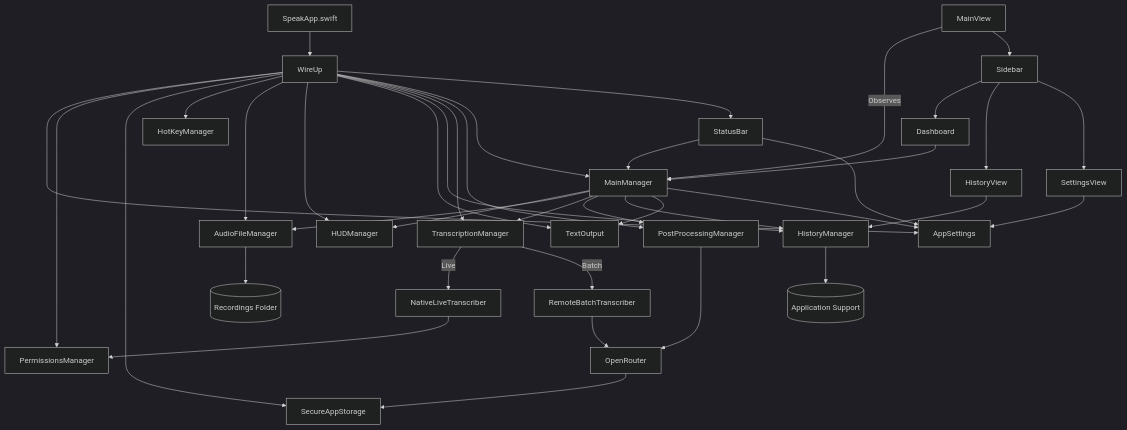
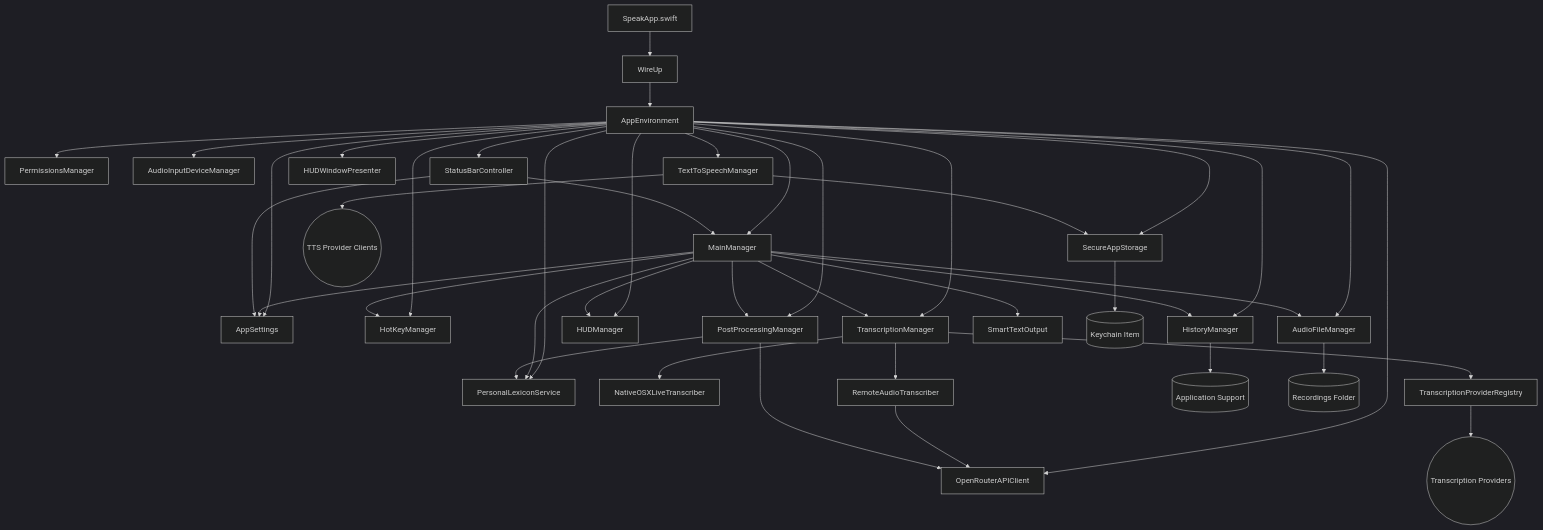
The diagram in Docs/Architecture.md (crmitchelmore/justspeaktoit), drawn with Mermaid (dark theme) before and after one commit. The commit also changed other lines of this file and 1 other file, not shown here.

Commit message:
docs: refresh architecture overview

````diff
--- a/Docs/Architecture.md
+++ b/Docs/Architecture.md
@@ -5,41 +5,48 @@
 ```mermaid
 graph TD
     App[SpeakApp.swift] --> WireUp[WireUp]
-    WireUp --> Settings[AppSettings]
-    WireUp --> Permissions[PermissionsManager]
-    WireUp --> SecureStore[SecureAppStorage]
-    WireUp --> HotKeys[HotKeyManager]
-    WireUp --> Audio[AudioFileManager]
-    WireUp --> HUDManager
-    WireUp --> TextOutput
-    WireUp --> HistoryMgr[HistoryManager]
-    WireUp --> TranscribeMgr[TranscriptionManager]
-    WireUp --> PostProcess[PostProcessingManager]
-    WireUp --> MainMgr[MainManager]
-    WireUp --> StatusBar
-    MainMgr --> HUDManager
-    MainMgr --> Audio
-    MainMgr --> TranscribeMgr
-    MainMgr --> PostProcess
-    MainMgr --> HistoryMgr
-    MainMgr --> TextOutput
-    MainMgr --> Settings
-    TranscribeMgr -->|Live| NativeLiveTranscriber
-    TranscribeMgr -->|Batch| RemoteBatchTranscriber
-    NativeLiveTranscriber --> Permissions
-    RemoteBatchTranscriber --> OpenRouter
+    WireUp --> AppEnv[AppEnvironment]
+    AppEnv --> Settings[AppSettings]
+    AppEnv --> Permissions[PermissionsManager]
+    AppEnv --> SecureStore[SecureAppStorage]
+    AppEnv --> HotKeys[HotKeyManager]
+    AppEnv --> AudioDevices[AudioInputDeviceManager]
+    AppEnv --> Audio[AudioFileManager]
+    AppEnv --> History[HistoryManager]
+    AppEnv --> HUD[HUDManager]
+    AppEnv --> Lexicon[PersonalLexiconService]
+    AppEnv --> PostProcess[PostProcessingManager]
+    AppEnv --> TTS[TextToSpeechManager]
+    AppEnv --> OpenRouter[OpenRouterAPIClient]
+    AppEnv --> Transcribe[TranscriptionManager]
+    AppEnv --> Main[MainManager]
+    AppEnv --> HUDPresenter[HUDWindowPresenter]
+    AppEnv --> StatusBar[StatusBarController]
+
+    Main --> HUD
+    Main --> Audio
+    Main --> Transcribe
+    Main --> PostProcess
+    Main --> History
+    Main --> Lexicon
+    Main --> HotKeys
+    Main --> Settings
+    Main --> Output[SmartTextOutput]
+
+    Transcribe --> Live[NativeOSXLiveTranscriber]
+    Transcribe --> Registry[TranscriptionProviderRegistry]
+    Registry --> Providers((Transcription Providers))
+    Transcribe --> RemoteClient[RemoteAudioTranscriber]
+    RemoteClient --> OpenRouter
+
     PostProcess --> OpenRouter
-    OpenRouter --> SecureStore
-    HistoryMgr --> Storage[(Application Support)]
-    Audio --> AudioFiles[(Recordings Folder)]
-    MainView -->|Observes| MainMgr
-    MainView --> Sidebar
-    Sidebar --> Dashboard
-    Sidebar --> HistoryView
-    Sidebar --> SettingsView
-    Dashboard --> MainMgr
-    HistoryView --> HistoryMgr
-    SettingsView --> Settings
-    StatusBar --> MainMgr
+    PostProcess --> Lexicon
+    TTS --> SecureStore
+    TTS --> TTSClients((TTS Provider Clients))
+
+    History --> Storage[(Application Support)]
+    Audio --> Recordings[(Recordings Folder)]
+    SecureStore --> Keychain[(Keychain Item)]
+    StatusBar --> Main
     StatusBar --> Settings
 ```
````
